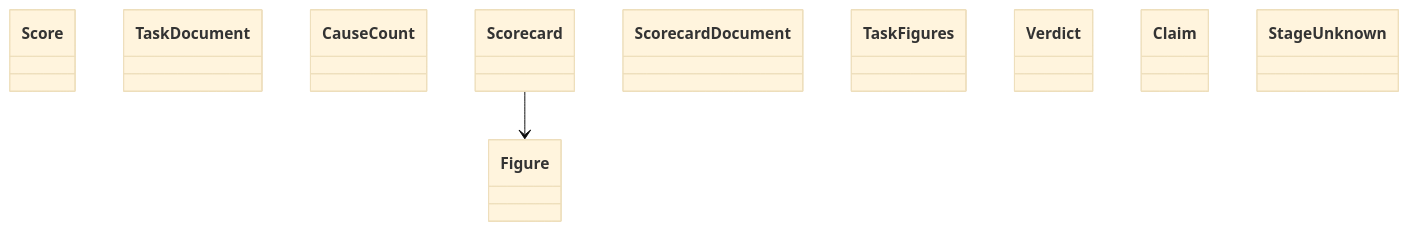
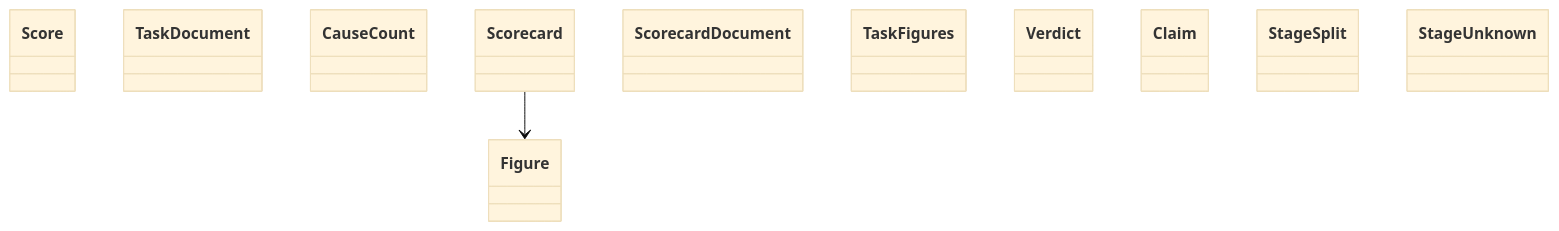
The diagram in docs/architecture/generated/classes-measurement-domain-scorecard-2.md (GonzaloZevallos/agentic-system), drawn with Mermaid (base theme) before and after one commit.

Commit message:
Regenerate the architecture class diagram for StageSplit
The docs check fails on a stale generated page.

````diff
--- a/docs/architecture/generated/classes-measurement-domain-scorecard-2.md
+++ b/docs/architecture/generated/classes-measurement-domain-scorecard-2.md
@@ -9,14 +9,15 @@
 ```mermaid
 classDiagram
     class evaluation__Score["Score"]
     class evaluation__TaskDocument["TaskDocument"]
     class scorecard__CauseCount["CauseCount"]
     class scorecard__Figure["Figure"]
     class scorecard__Scorecard["Scorecard"]
     class scorecard__ScorecardDocument["ScorecardDocument"]
     class scorecard__TaskFigures["TaskFigures"]
     class scorecard__Verdict["Verdict"]
     class stages__Claim["Claim"]
+    class stages__StageSplit["StageSplit"]
     class stages__StageUnknown["StageUnknown"]
     scorecard__Scorecard --> scorecard__Figure
 ```
````
